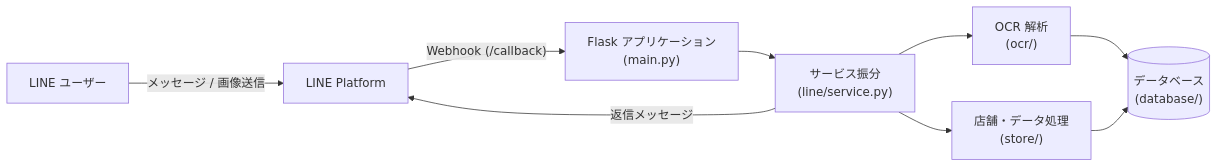
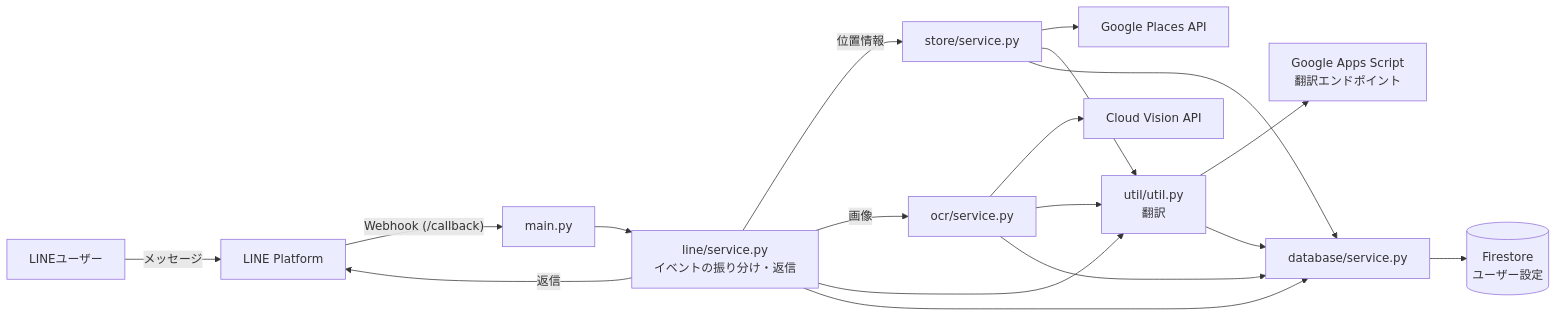
One commit to shin4488/line-bot-features changed the diagram in README.md. Above: the diagram before and after it, drawn with Mermaid. The commit also changed other lines of this file and 10 other files, not shown here.

````diff
--- a/README.md
+++ b/README.md
@@ -18,11 +19,15 @@
 ```mermaid
 flowchart LR
-    User["LINE ユーザー"] -->|"メッセージ / 画像送信"| LINE["LINE Platform"]
-    LINE -->|"Webhook (/callback)"| Flask["Flask アプリケーション<br>(main.py)"]
-    Flask --> Dispatch["サービス振分<br>(line/service.py)"]
-    Dispatch --> OCR["OCR 解析<br>(ocr/)"]
-    Dispatch --> Store["店舗・データ処理<br>(store/)"]
-    OCR --> DB[("データベース<br>(database/)")]
-    Store --> DB
-    Dispatch -->|"返信メッセージ"| LINE
+    User["LINEユーザー"] -->|"メッセージ"| Platform["LINE Platform"]
+    Platform -->|"Webhook (/callback)"| Main["main.py"]
+    Main --> Dispatch["line/service.py<br>イベントの振り分け・返信"]
+    Dispatch -->|"位置情報"| Store["store/service.py"]
+    Dispatch -->|"画像"| OCR["ocr/service.py"]
+    Store --> Places["Google Places API"]
+    OCR --> Vision["Cloud Vision API"]
+    Dispatch & Store & OCR --> Util["util/util.py<br>翻訳"]
+    Util --> GAS["Google Apps Script<br>翻訳エンドポイント"]
+    Dispatch & Store & OCR & Util --> DB["database/service.py"]
+    DB --> Firestore[("Firestore<br>ユーザー設定")]
+    Dispatch -->|"返信"| Platform
 ```
````
